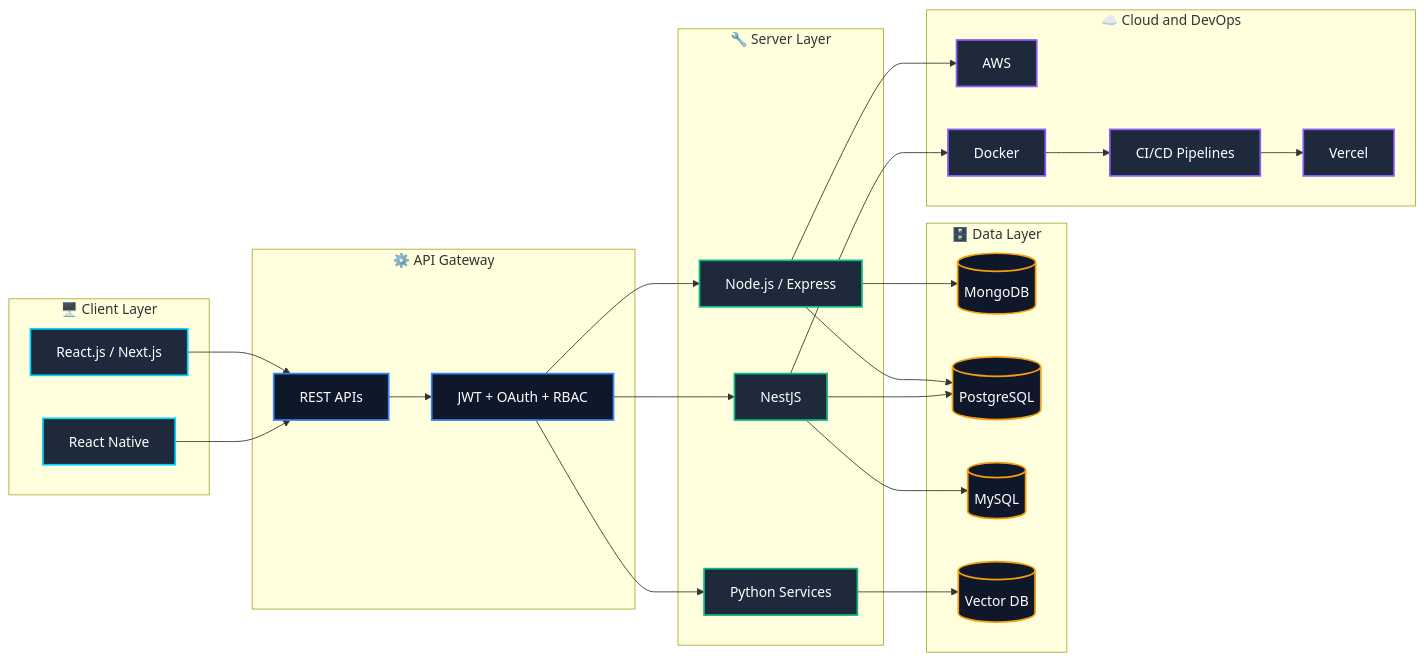
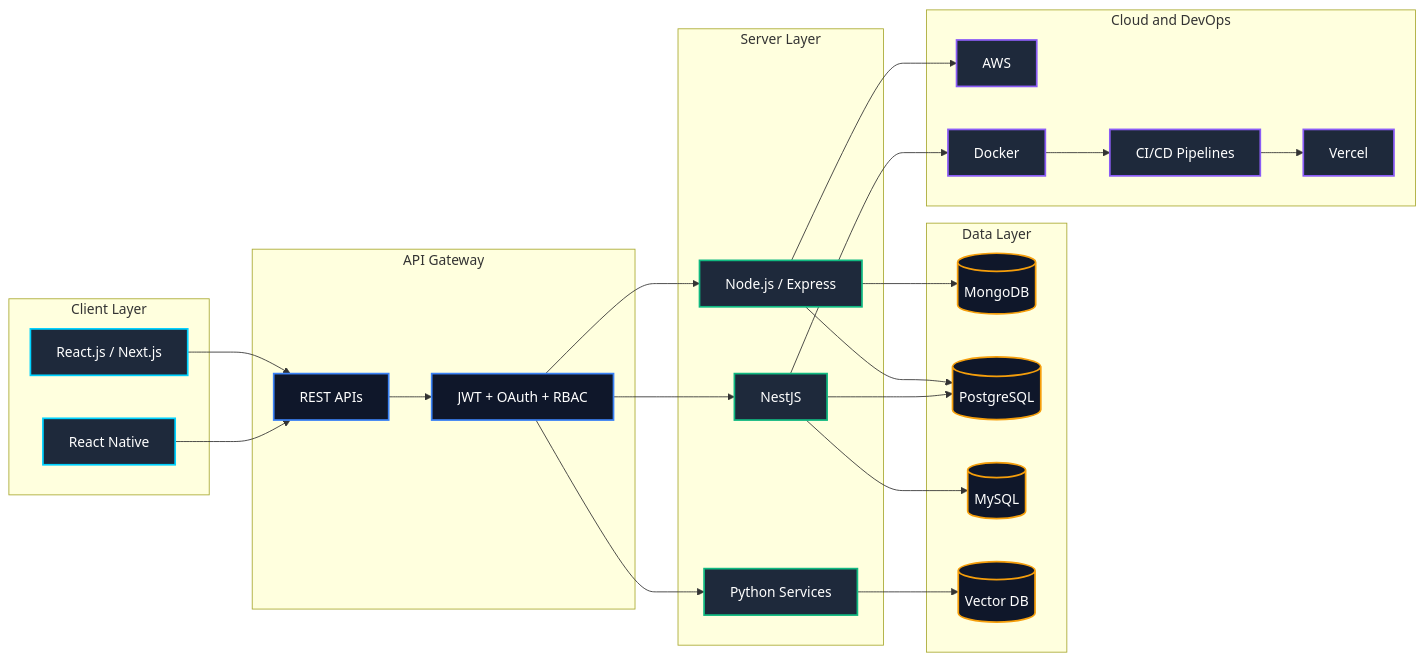
The diagram in README.md (akkhan312/akkhan312), drawn with Mermaid before and after one commit. The commit also changed other lines of this file, not shown here.

````diff
--- a/README.md
+++ b/README.md
@@ -45,60 +45,60 @@
 ```mermaid
 graph LR
-    subgraph Client["🖥️ Client Layer"]
+    subgraph Client["Client Layer"]
         React["React.js / Next.js"]
         Mobile["React Native"]
     end
 
-    subgraph API["⚙️ API Gateway"]
+    subgraph API["API Gateway"]
         REST["REST APIs"]
         Auth["JWT + OAuth + RBAC"]
     end
 
-    subgraph Server["🔧 Server Layer"]
+    subgraph Server["Server Layer"]
         Node["Node.js / Express"]
         Nest["NestJS"]
         Python["Python Services"]
     end
 
-    subgraph Data["🗄️ Data Layer"]
+    subgraph Data["Data Layer"]
         Mongo[(MongoDB)]
         PG[(PostgreSQL)]
         MySQL2[(MySQL)]
         Vector[(Vector DB)]
     end
 
-    subgraph Cloud["☁️ Cloud and DevOps"]
+    subgraph Cloud["Cloud and DevOps"]
         AWS["AWS"]
         Docker["Docker"]
         CICD["CI/CD Pipelines"]
         Vercel2["Vercel"]
     end
 
     React --> REST
     Mobile --> REST
     REST --> Auth
     Auth --> Node
     Auth --> Nest
     Auth --> Python
     Node --> Mongo
     Node --> PG
     Nest --> PG
     Nest --> MySQL2
     Python --> Vector
     Node --> AWS
     Nest --> Docker
     Docker --> CICD
     CICD --> Vercel2
 
     classDef clientStyle fill:#1e293b,stroke:#00D2FF,stroke-width:2px,color:#fff
     classDef apiStyle fill:#0f172a,stroke:#3b82f6,stroke-width:2px,color:#fff
     classDef serverStyle fill:#1e293b,stroke:#10b981,stroke-width:2px,color:#fff
     classDef dataStyle fill:#0f172a,stroke:#f59e0b,stroke-width:2px,color:#fff
     classDef cloudStyle fill:#1e293b,stroke:#8b5cf6,stroke-width:2px,color:#fff
 
     class React,Mobile clientStyle
     class REST,Auth apiStyle
     class Node,Nest,Python serverStyle
     class Mongo,PG,MySQL2,Vector dataStyle
     class AWS,Docker,CICD,Vercel2 cloudStyle
 ```
````
